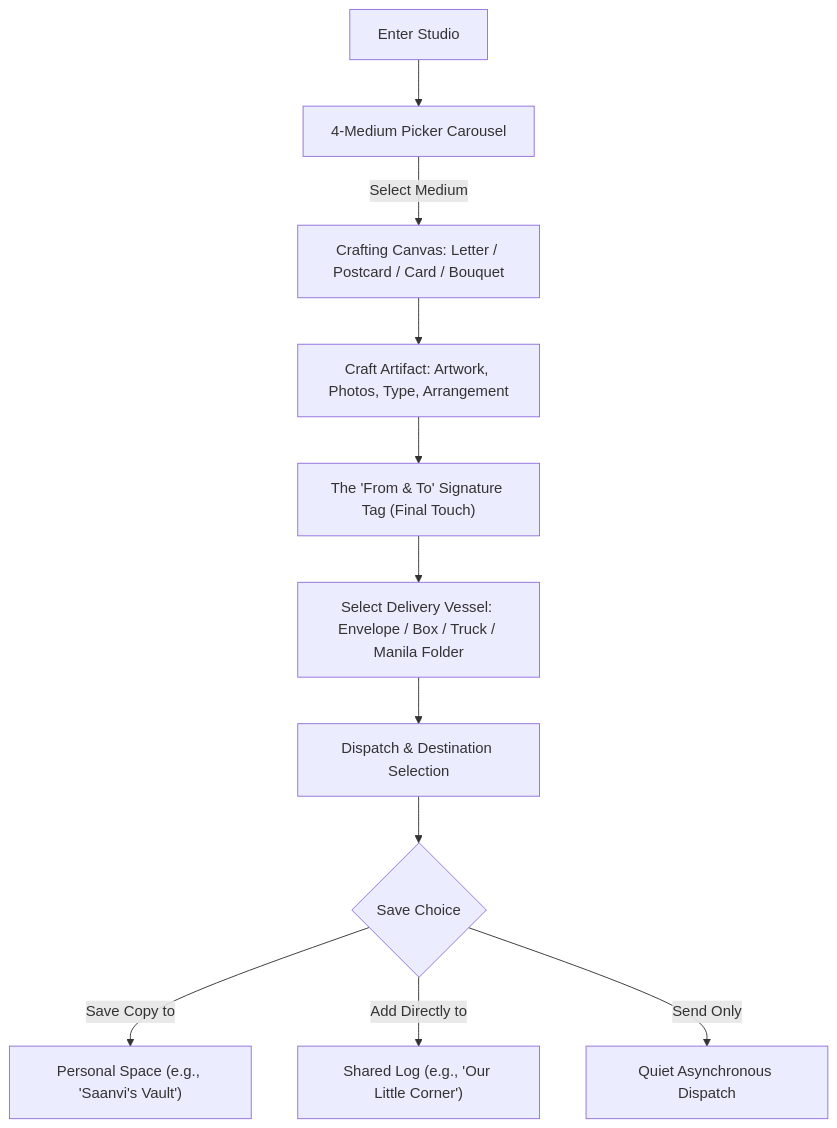
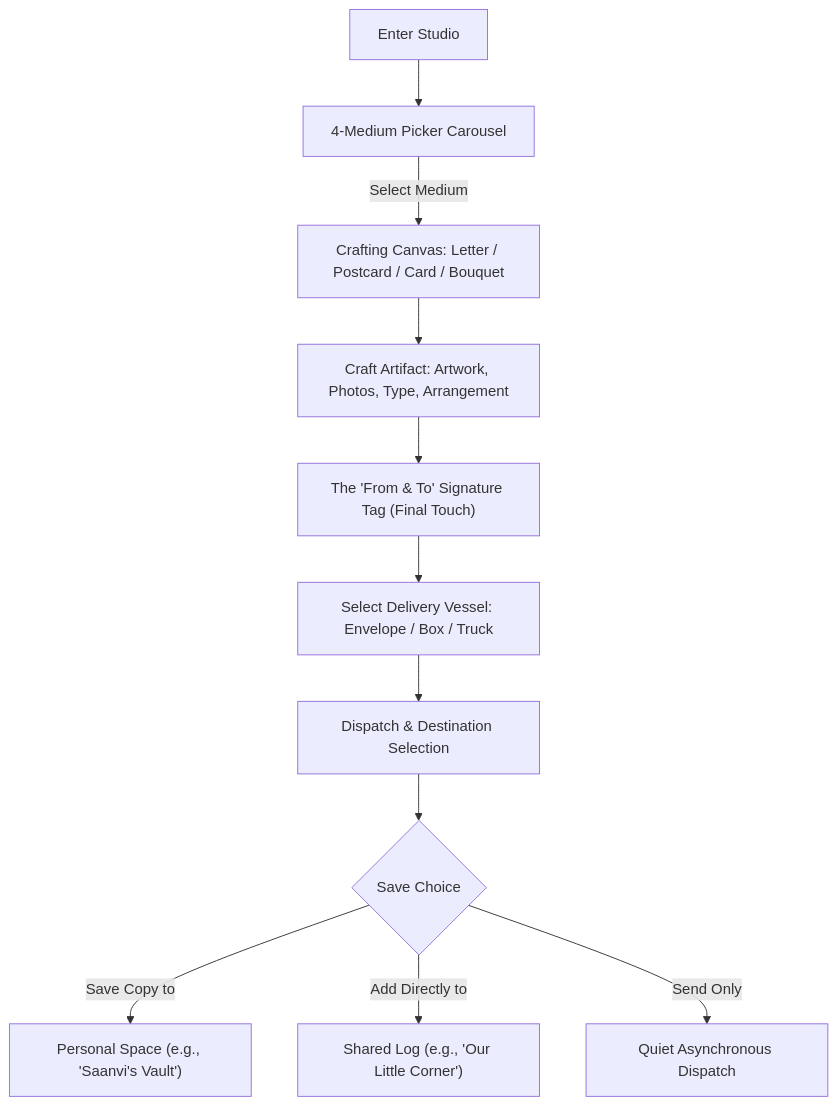
Before and after one commit to NIFT-Information-Architecture-2026/Saanvi_BD-24-N1830: the first of 3 diagrams in WIREFRAMES.md, drawn with Mermaid. The commit also changed other lines of this file and 2 other files, not shown here.

Commit message:
docs(design): update specs with postcard palette, stamp designs, 15 flowers, white/cream papers, 3 vessels, and zero audio

````diff
--- a/WIREFRAMES.md
+++ b/WIREFRAMES.md
@@ -9,13 +9,13 @@
 ```mermaid
 graph TD
     A[Enter Studio] --> B[4-Medium Picker Carousel]
     B -->|Select Medium| C[Crafting Canvas: Letter / Postcard / Card / Bouquet]
     C --> D[Craft Artifact: Artwork, Photos, Type, Arrangement]
     D --> E["The 'From & To' Signature Tag (Final Touch)"]
-    E --> F[Select Delivery Vessel: Envelope / Box / Truck / Manila Folder]
+    E --> F[Select Delivery Vessel: Envelope / Box / Truck]
     F --> G[Dispatch & Destination Selection]
     G --> H{"Save Choice"}
     H -->|Save Copy to| I["Personal Space (e.g., 'Saanvi's Vault')"]
     H -->|Add Directly to| J["Shared Log (e.g., 'Our Little Corner')"]
     H -->|Send Only| K[Quiet Asynchronous Dispatch]
 ```
````
